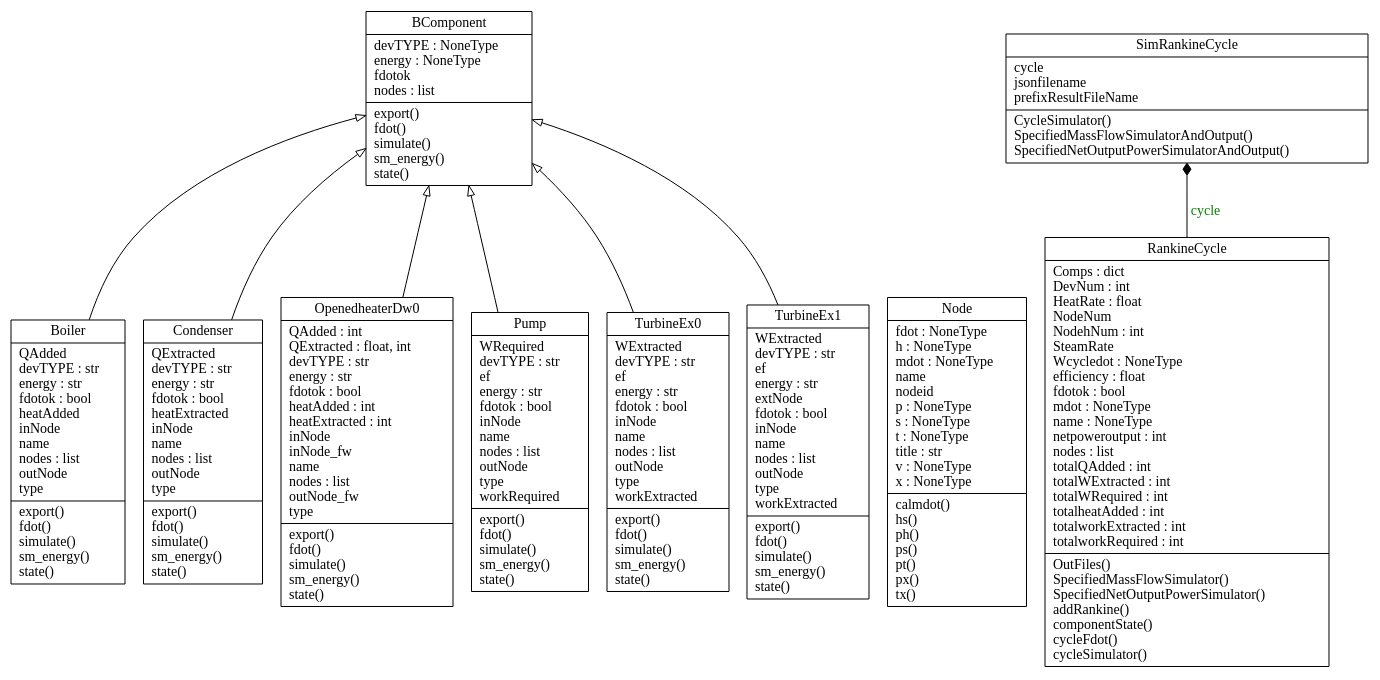
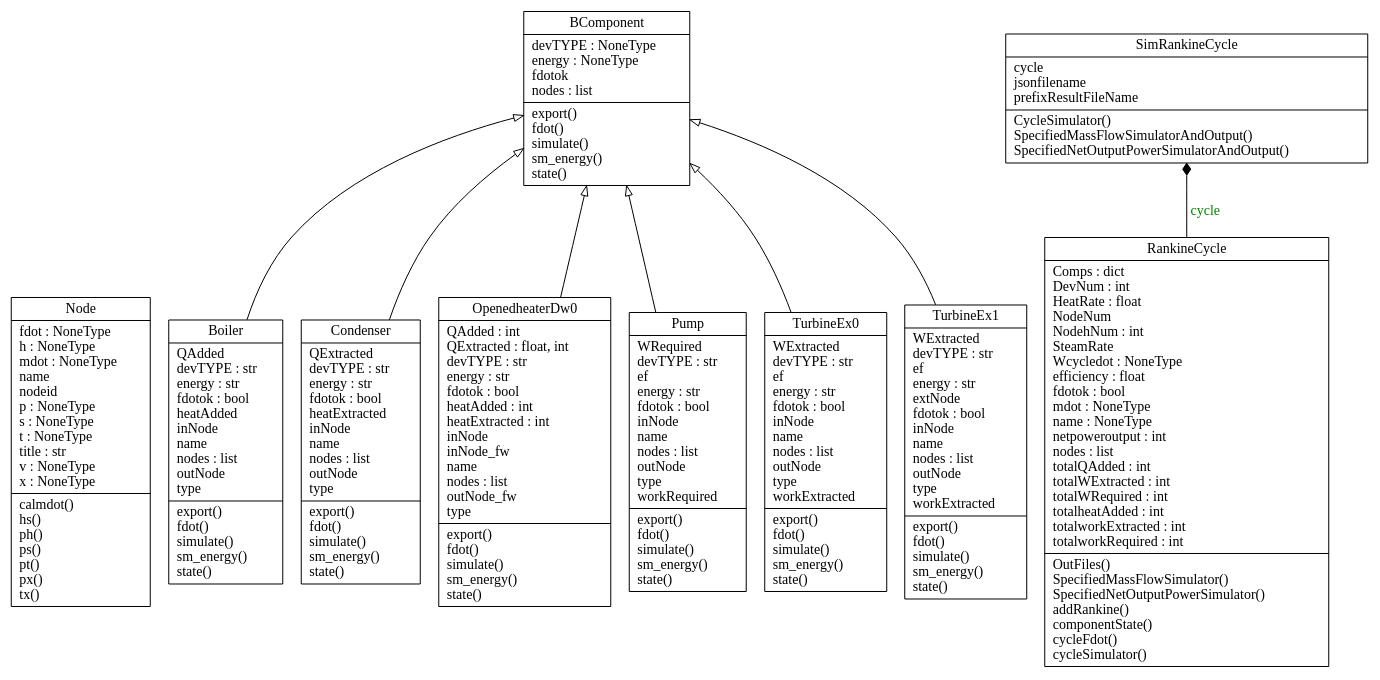
One commit to thermalogic/PyRankine changed the diagram in step5/uml/classes.dot. Above: the diagram before and after it, drawn with Graphviz. The commit also changed 11 other files, not shown here.

Commit message:
add UML Diagram

```diff
--- a/step5/uml/classes.dot
+++ b/step5/uml/classes.dot
@@ -1,21 +1,21 @@
 digraph "classes" {
 charset="utf-8"
 rankdir=BT
-"0" [label="{BComponent|devTYPE : NoneType\lenergy : NoneType\lfdotok\lnodes : list\l|export()\lfdot()\lsimulate()\lsm_energy()\lstate()\l}", shape="record"];
-"1" [label="{Boiler|QAdded\ldevTYPE : str\lenergy : str\lfdotok : bool\lheatAdded\linNode\lname\lnodes : list\loutNode\ltype\l|export()\lfdot()\lsimulate()\lsm_energy()\lstate()\l}", shape="record"];
-"2" [label="{Condenser|QExtracted\ldevTYPE : str\lenergy : str\lfdotok : bool\lheatExtracted\linNode\lname\lnodes : list\loutNode\ltype\l|export()\lfdot()\lsimulate()\lsm_energy()\lstate()\l}", shape="record"];
-"3" [label="{Node|fdot : NoneType\lh : NoneType\lmdot : NoneType\lname\lnodeid\lp : NoneType\ls : NoneType\lt : NoneType\ltitle : str\lv : NoneType\lx : NoneType\l|calmdot()\lhs()\lph()\lps()\lpt()\lpx()\ltx()\l}", shape="record"];
+"0" [label="{Node|fdot : NoneType\lh : NoneType\lmdot : NoneType\lname\lnodeid\lp : NoneType\ls : NoneType\lt : NoneType\ltitle : str\lv : NoneType\lx : NoneType\l|calmdot()\lhs()\lph()\lps()\lpt()\lpx()\ltx()\l}", shape="record"];
+"1" [label="{BComponent|devTYPE : NoneType\lenergy : NoneType\lfdotok\lnodes : list\l|export()\lfdot()\lsimulate()\lsm_energy()\lstate()\l}", shape="record"];
+"2" [label="{Boiler|QAdded\ldevTYPE : str\lenergy : str\lfdotok : bool\lheatAdded\linNode\lname\lnodes : list\loutNode\ltype\l|export()\lfdot()\lsimulate()\lsm_energy()\lstate()\l}", shape="record"];
+"3" [label="{Condenser|QExtracted\ldevTYPE : str\lenergy : str\lfdotok : bool\lheatExtracted\linNode\lname\lnodes : list\loutNode\ltype\l|export()\lfdot()\lsimulate()\lsm_energy()\lstate()\l}", shape="record"];
 "4" [label="{OpenedheaterDw0|QAdded : int\lQExtracted : float, int\ldevTYPE : str\lenergy : str\lfdotok : bool\lheatAdded : int\lheatExtracted : int\linNode\linNode_fw\lname\lnodes : list\loutNode_fw\ltype\l|export()\lfdot()\lsimulate()\lsm_energy()\lstate()\l}", shape="record"];
 "5" [label="{Pump|WRequired\ldevTYPE : str\lef\lenergy : str\lfdotok : bool\linNode\lname\lnodes : list\loutNode\ltype\lworkRequired\l|export()\lfdot()\lsimulate()\lsm_energy()\lstate()\l}", shape="record"];
-"6" [label="{RankineCycle|Comps : dict\lDevNum : int\lHeatRate : float\lNodeNum\lNodehNum : int\lSteamRate\lWcycledot : NoneType\lefficiency : float\lfdotok : bool\lmdot : NoneType\lname : NoneType\lnetpoweroutput : int\lnodes : list\ltotalQAdded : int\ltotalWExtracted : int\ltotalWRequired : int\ltotalheatAdded : int\ltotalworkExtracted : int\ltotalworkRequired : int\l|OutFiles()\lSpecifiedMassFlowSimulator()\lSpecifiedNetOutputPowerSimulator()\laddRankine()\lcomponentState()\lcycleFdot()\lcycleSimulator()\l}", shape="record"];
-"7" [label="{SimRankineCycle|cycle\ljsonfilename\lprefixResultFileName\l|CycleSimulator()\lSpecifiedMassFlowSimulatorAndOutput()\lSpecifiedNetOutputPowerSimulatorAndOutput()\l}", shape="record"];
-"8" [label="{TurbineEx0|WExtracted\ldevTYPE : str\lef\lenergy : str\lfdotok : bool\linNode\lname\lnodes : list\loutNode\ltype\lworkExtracted\l|export()\lfdot()\lsimulate()\lsm_energy()\lstate()\l}", shape="record"];
-"9" [label="{TurbineEx1|WExtracted\ldevTYPE : str\lef\lenergy : str\lextNode\lfdotok : bool\linNode\lname\lnodes : list\loutNode\ltype\lworkExtracted\l|export()\lfdot()\lsimulate()\lsm_energy()\lstate()\l}", shape="record"];
-"1" -> "0" [arrowhead="empty", arrowtail="none"];
-"2" -> "0" [arrowhead="empty", arrowtail="none"];
-"4" -> "0" [arrowhead="empty", arrowtail="none"];
-"5" -> "0" [arrowhead="empty", arrowtail="none"];
-"8" -> "0" [arrowhead="empty", arrowtail="none"];
-"9" -> "0" [arrowhead="empty", arrowtail="none"];
-"6" -> "7" [arrowhead="diamond", arrowtail="none", fontcolor="green", label="cycle", style="solid"];
+"6" [label="{TurbineEx0|WExtracted\ldevTYPE : str\lef\lenergy : str\lfdotok : bool\linNode\lname\lnodes : list\loutNode\ltype\lworkExtracted\l|export()\lfdot()\lsimulate()\lsm_energy()\lstate()\l}", shape="record"];
+"7" [label="{TurbineEx1|WExtracted\ldevTYPE : str\lef\lenergy : str\lextNode\lfdotok : bool\linNode\lname\lnodes : list\loutNode\ltype\lworkExtracted\l|export()\lfdot()\lsimulate()\lsm_energy()\lstate()\l}", shape="record"];
+"8" [label="{RankineCycle|Comps : dict\lDevNum : int\lHeatRate : float\lNodeNum\lNodehNum : int\lSteamRate\lWcycledot : NoneType\lefficiency : float\lfdotok : bool\lmdot : NoneType\lname : NoneType\lnetpoweroutput : int\lnodes : list\ltotalQAdded : int\ltotalWExtracted : int\ltotalWRequired : int\ltotalheatAdded : int\ltotalworkExtracted : int\ltotalworkRequired : int\l|OutFiles()\lSpecifiedMassFlowSimulator()\lSpecifiedNetOutputPowerSimulator()\laddRankine()\lcomponentState()\lcycleFdot()\lcycleSimulator()\l}", shape="record"];
+"9" [label="{SimRankineCycle|cycle\ljsonfilename\lprefixResultFileName\l|CycleSimulator()\lSpecifiedMassFlowSimulatorAndOutput()\lSpecifiedNetOutputPowerSimulatorAndOutput()\l}", shape="record"];
+"2" -> "1" [arrowhead="empty", arrowtail="none"];
+"3" -> "1" [arrowhead="empty", arrowtail="none"];
+"4" -> "1" [arrowhead="empty", arrowtail="none"];
+"5" -> "1" [arrowhead="empty", arrowtail="none"];
+"6" -> "1" [arrowhead="empty", arrowtail="none"];
+"7" -> "1" [arrowhead="empty", arrowtail="none"];
+"8" -> "9" [arrowhead="diamond", arrowtail="none", fontcolor="green", label="cycle", style="solid"];
 }
```
